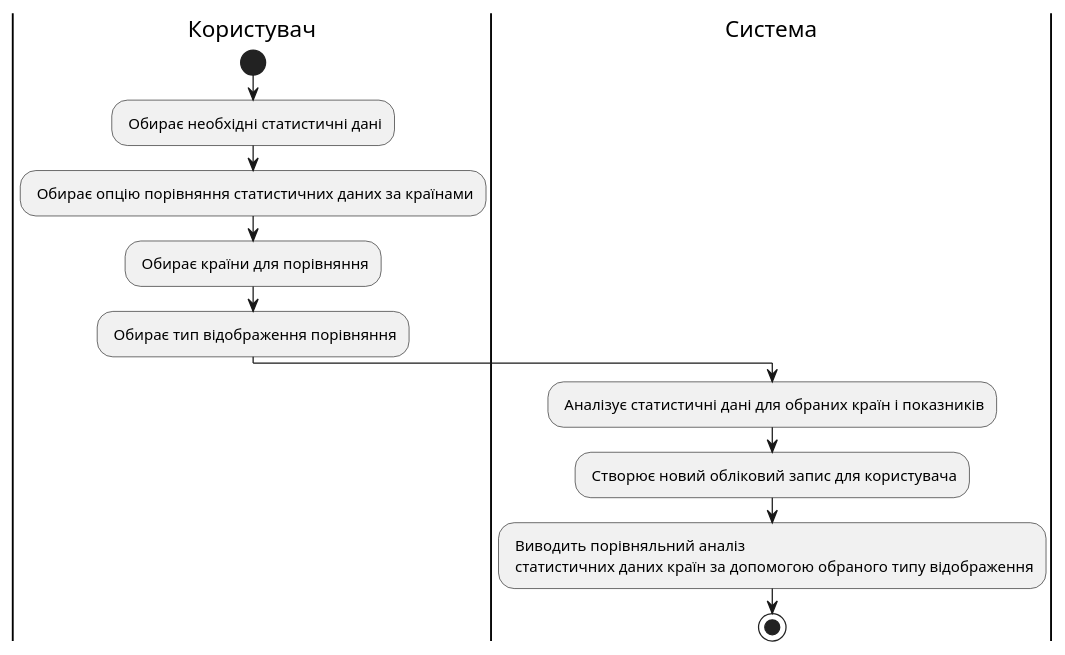
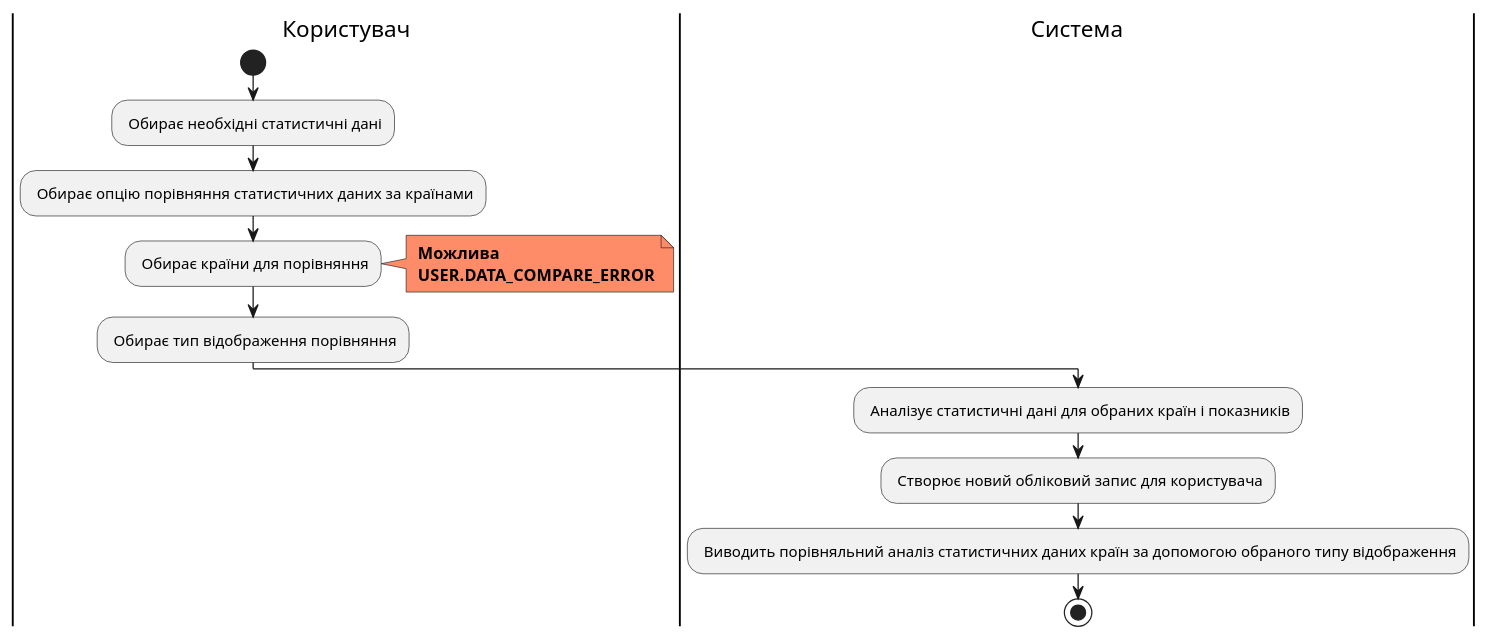
The first of 10 diagrams in docs/use cases/README.md (edu-db/edu_db_labs), drawn with PlantUML before and after one commit. The commit also changed other lines of this file and 1 other file, not shown here.

Commit message:
Add other diagrams

```diff
--- a/docs/use cases/README.md
+++ b/docs/use cases/README.md
@@ -158,16 +61,23 @@
 @startuml
+
 |Користувач|
 start;
 : Обирає необхідні статистичні дані;
 : Обирає опцію порівняння статистичних даних за країнами;
 : Обирає країни для порівняння;
+
+note right #ff8c69
+<b> Можлива
+<b> USER.DATA_COMPARE_ERROR
+end note
+
 : Обирає тип відображення порівняння;
 
 |Система|
 : Аналізує статистичні дані для обраних країн і показників;
 
 : Створює новий обліковий запис для користувача;
-: Виводить порівняльний аналіз\n статистичних даних країн за допомогою обраного типу відображення;
+: Виводить порівняльний аналіз статистичних даних країн за допомогою обраного типу відображення;
   stop;
 
 @enduml
```
